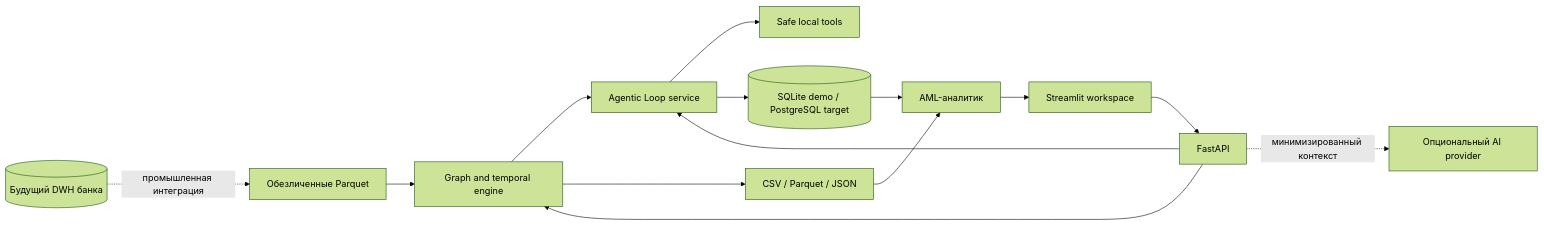
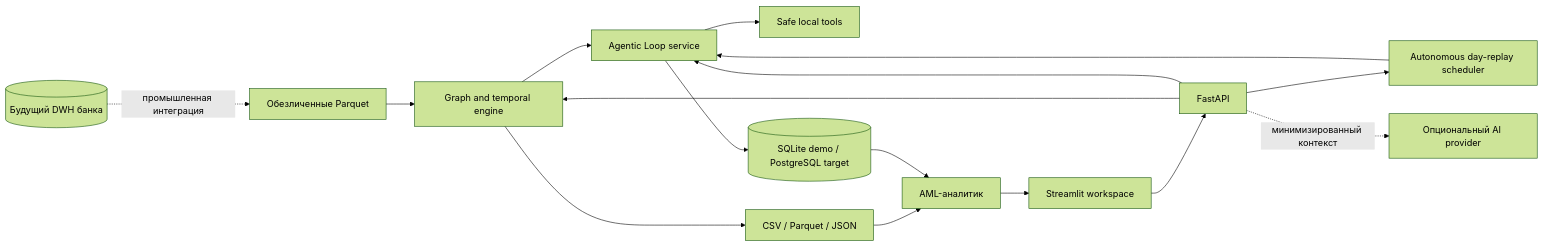
One commit to BAITC-Hacks/hack-173e8652-synex changed the first of 3 diagrams in docs/architecture.md. Above: the diagram before and after it, drawn with Mermaid (forest theme). The commit also changed other lines of this file and 26 other files, not shown here.

````diff
--- a/docs/architecture.md
+++ b/docs/architecture.md
@@ -11,16 +11,18 @@
 ```mermaid
 flowchart LR
     DWH[(Будущий DWH банка)] -. промышленная интеграция .-> DATA[Обезличенные Parquet]
     DATA --> MG[Graph and temporal engine]
     ANALYST[AML-аналитик] --> UI[Streamlit workspace]
     UI --> API[FastAPI]
     API --> MG
     API --> LOOP[Agentic Loop service]
+    API --> SCHED[Autonomous day-replay scheduler]
+    SCHED --> LOOP
     MG --> LOOP
     LOOP --> TOOLS[Safe local tools]
     MG --> EXPORTS[CSV / Parquet / JSON]
     LOOP --> DB[(SQLite demo / PostgreSQL target)]
     API -. минимизированный контекст .-> AI[Опциональный AI provider]
     EXPORTS --> ANALYST
     DB --> ANALYST
 ```
````
